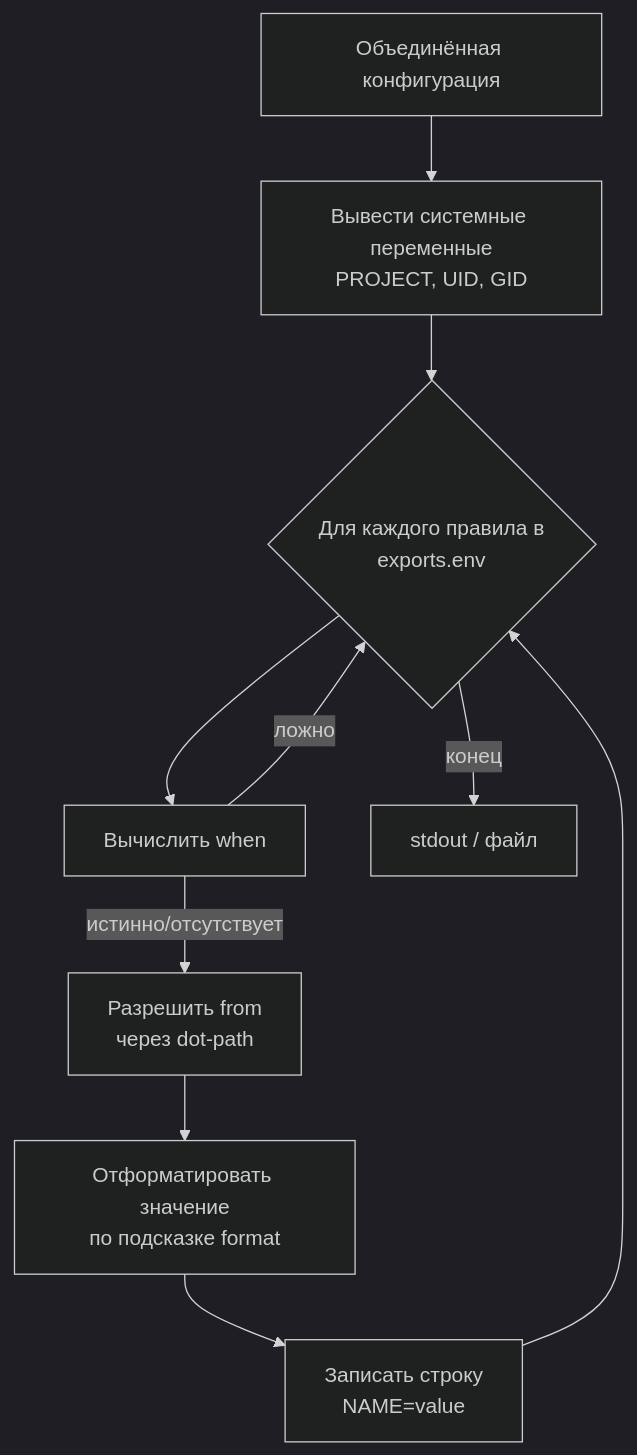
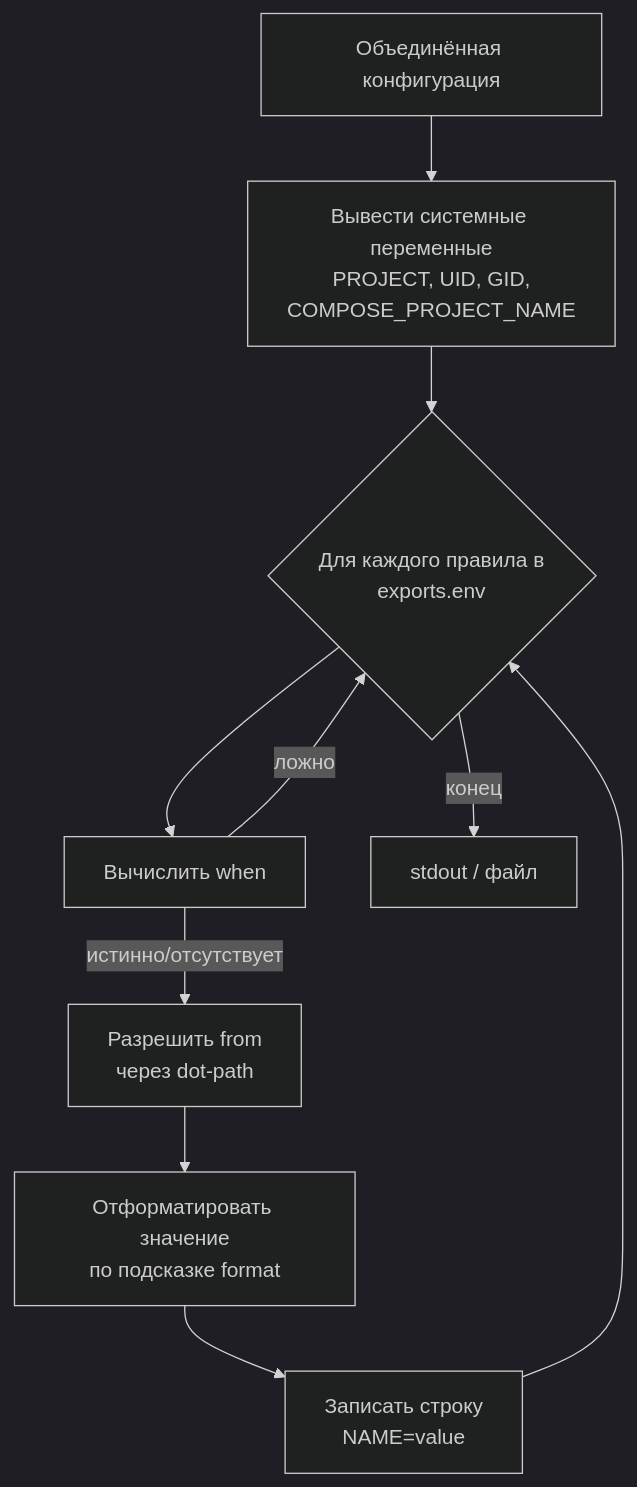
Before and after one commit to semsemyonoff/dwe: the first of 2 diagrams in docs/i18n/ru/reference/render/env.md, drawn with Mermaid (dark theme). The commit also changed other lines of this file and 24 other files, not shown here.

First line of the commit message:
feat(env)!: export COMPOSE_PROJECT_NAME as a reserved .env variable

````diff
--- a/docs/i18n/ru/reference/render/env.md
+++ b/docs/i18n/ru/reference/render/env.md
@@ -26,12 +26,12 @@
 ```mermaid
 flowchart TD
-  M["Объединённая конфигурация"] --> SYS["Вывести системные переменные<br/>PROJECT, UID, GID"]
+  M["Объединённая конфигурация"] --> SYS["Вывести системные переменные<br/>PROJECT, UID, GID,<br/>COMPOSE_PROJECT_NAME"]
   SYS --> R{"Для каждого правила в<br/>exports.env"}
   R --> W["Вычислить when"]
   W -- ложно --> R
   W -- "истинно/отсутствует" --> V["Разрешить from<br/>через dot-path"]
   V --> F["Отформатировать значение<br/>по подсказке format"]
   F --> O["Записать строку<br/>NAME=value"]
   O --> R
   R -- "конец" --> OUT["stdout / файл"]
 ```
````
